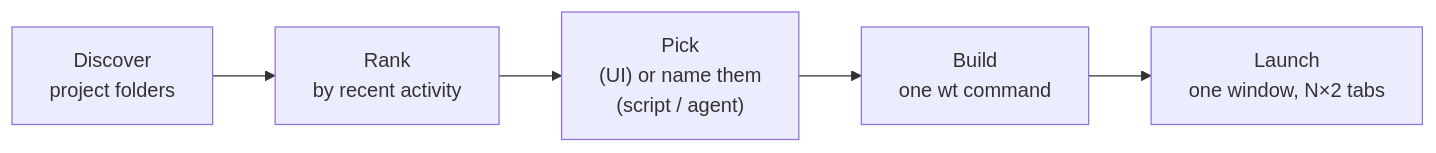
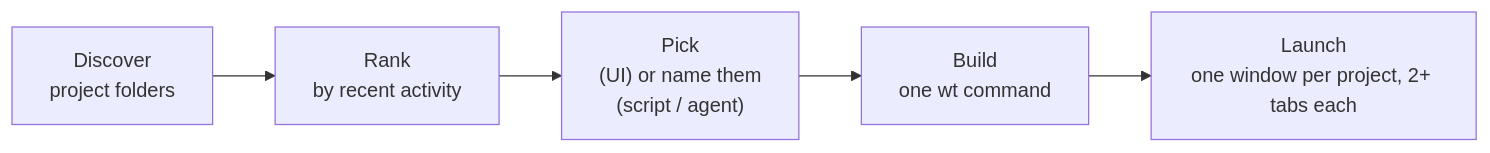
The third of 7 diagrams in README.md (dstaulcu/workspace-orchestrator), drawn with Mermaid before and after one commit. The commit also changed other lines of this file and 14 other files, not shown here.

First line of the commit message:
Remote column, settings outside repo, window per project, focus-if-open

````diff
--- a/README.md
+++ b/README.md
@@ -56,7 +56,7 @@
 ```mermaid
 flowchart LR
     D["Discover<br/>project folders"] --> R["Rank<br/>by recent activity"]
     R --> P["Pick<br/>(UI) or name them<br/>(script / agent)"]
     P --> B["Build<br/>one wt command"]
-    B --> L["Launch<br/>one window, N×2 tabs"]
+    B --> L["Launch<br/>one window per project, 2+ tabs each"]
 ```
````
